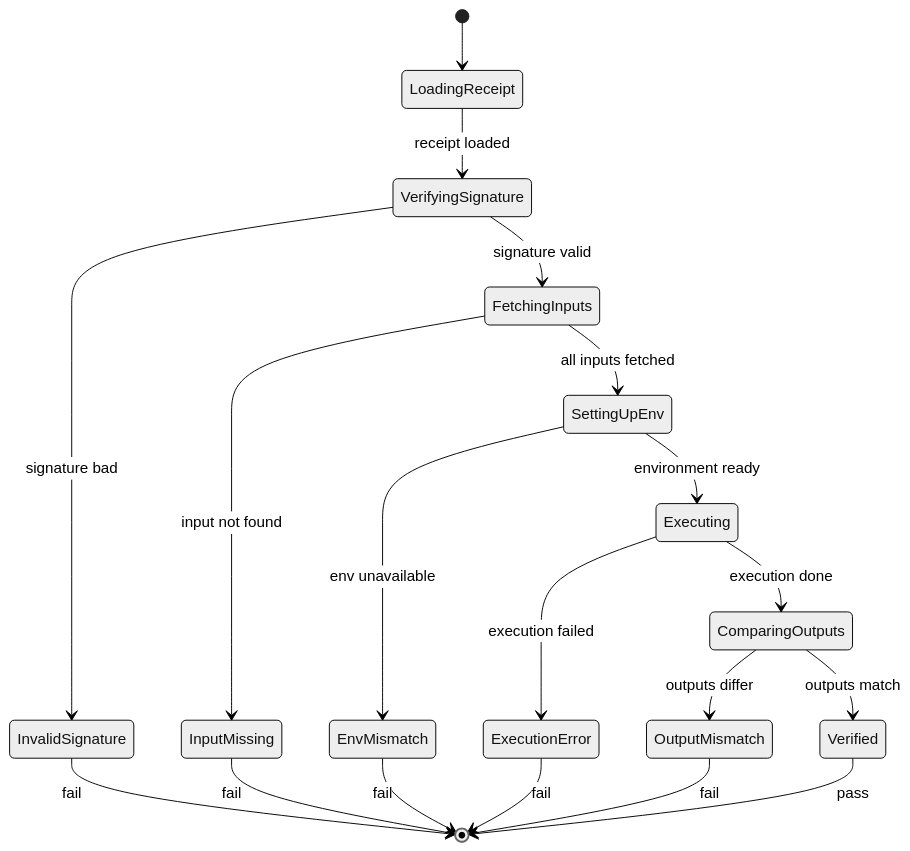
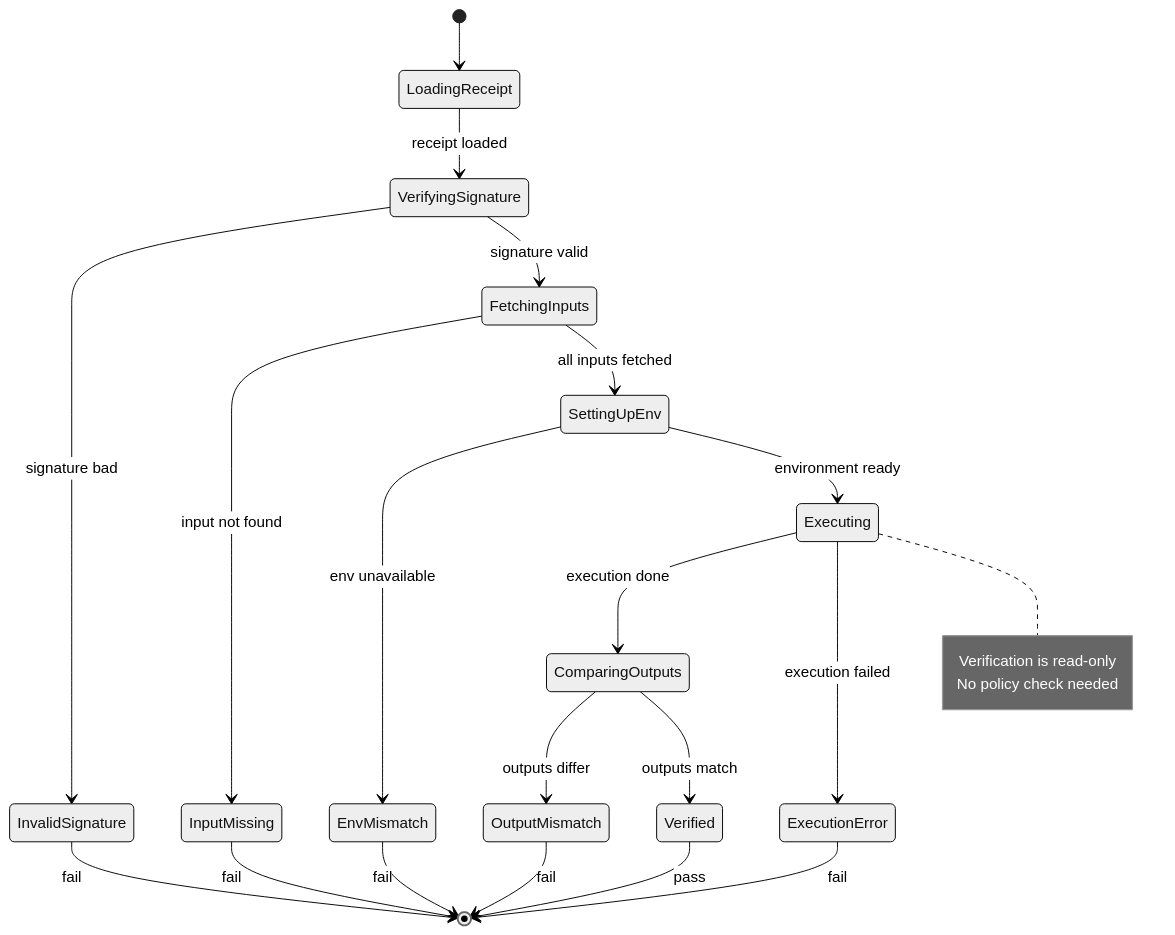
Before and after one commit to cypher-asi/zero-os: diagram 15 of 18 in docs/diagrams/state-machines.md, drawn with Mermaid (neutral theme). The commit also changed other lines of this file and 24 other files, not shown here.

````diff
--- a/docs/diagrams/state-machines.md
+++ b/docs/diagrams/state-machines.md
@@ -526,33 +695,38 @@
 ```mermaid
 stateDiagram-v2
     [*] --> LoadingReceipt
     
     LoadingReceipt --> VerifyingSignature: receipt loaded
     
     VerifyingSignature --> InvalidSignature: signature bad
     VerifyingSignature --> FetchingInputs: signature valid
     
     InvalidSignature --> [*]: fail
     
     FetchingInputs --> InputMissing: input not found
     FetchingInputs --> SettingUpEnv: all inputs fetched
     
     InputMissing --> [*]: fail
     
     SettingUpEnv --> EnvMismatch: env unavailable
     SettingUpEnv --> Executing: environment ready
     
     EnvMismatch --> [*]: fail
     
     Executing --> ComparingOutputs: execution done
     Executing --> ExecutionError: execution failed
     
     ExecutionError --> [*]: fail
     
     ComparingOutputs --> OutputMismatch: outputs differ
     ComparingOutputs --> Verified: outputs match
     
     OutputMismatch --> [*]: fail
     
     Verified --> [*]: pass
+    
+    note right of Executing
+        Verification is read-only
+        No policy check needed
+    end note
 ```
````
